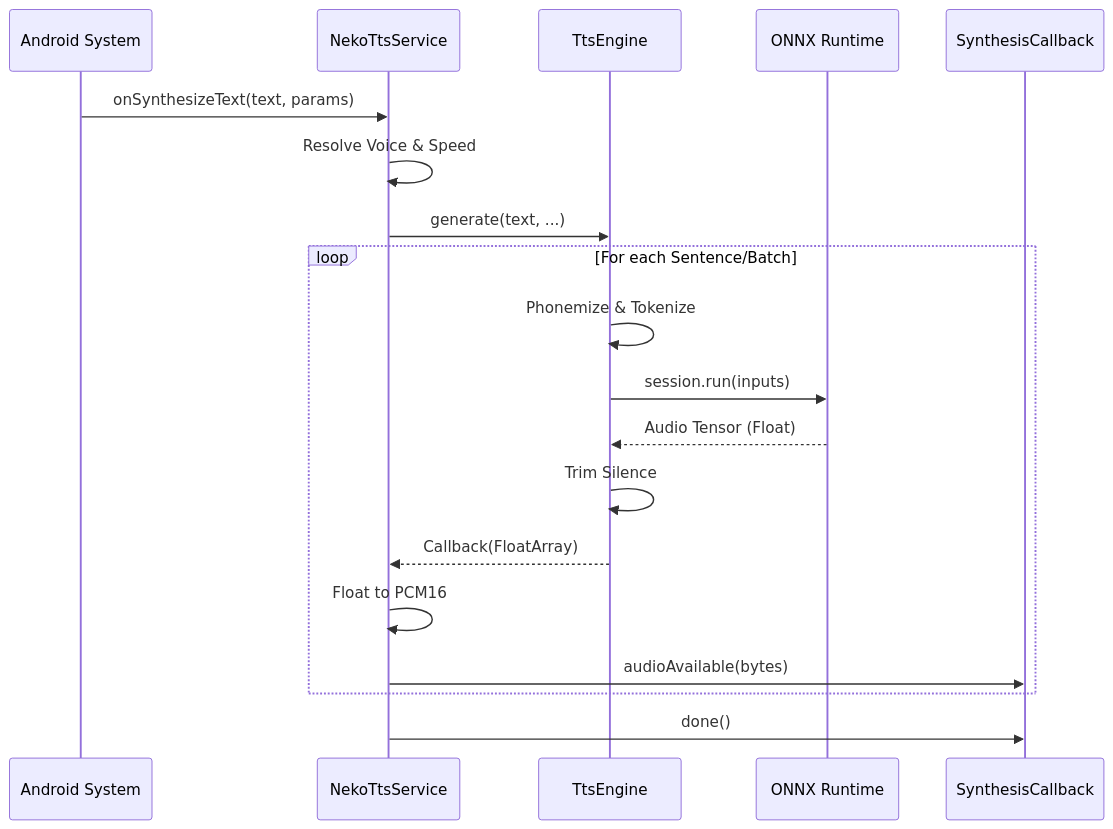
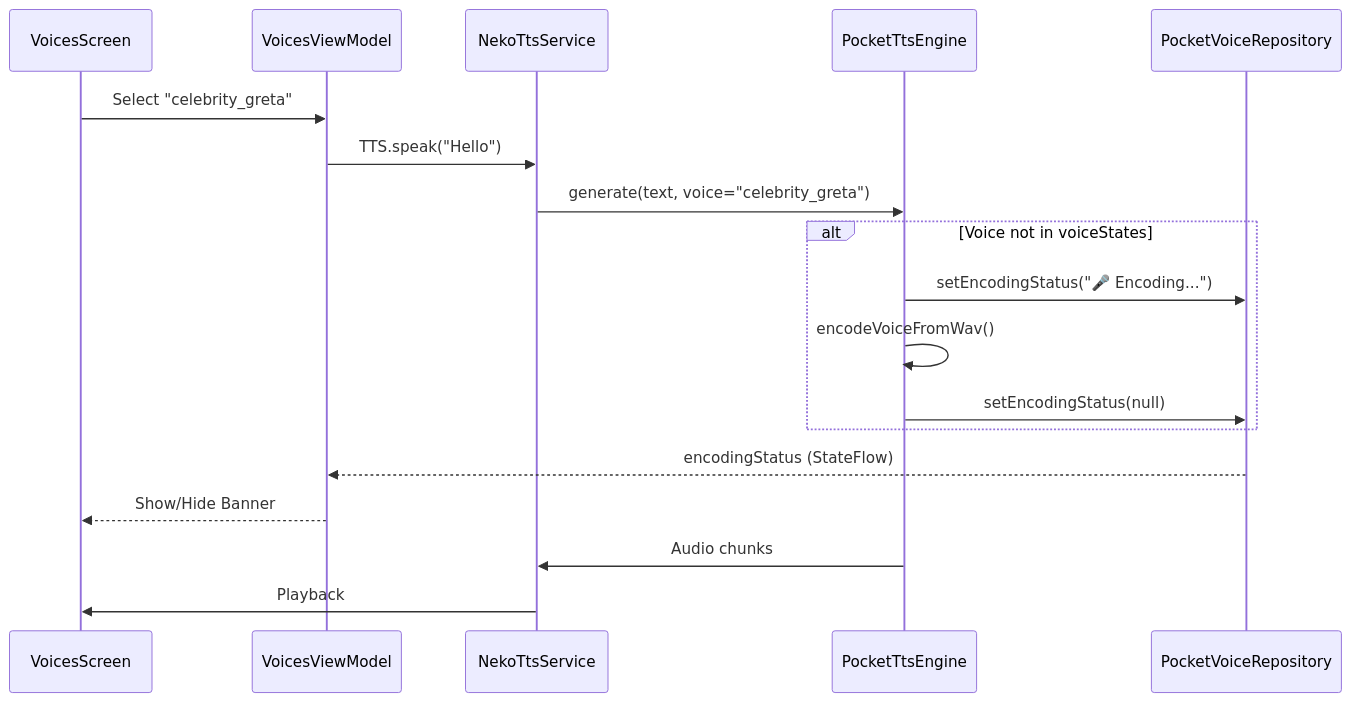
Before and after one commit to siva-sub/NekoSpeak: the ninth of 11 diagrams in TECHNICAL_DEEP_DIVE.md, drawn with Mermaid. The commit also changed other lines of this file and 2 other files, not shown here.

First line of the commit message:
Release v1.3.0: Voice encoding UI/UX, Technical Deep Dive update

````diff
--- a/TECHNICAL_DEEP_DIVE.md
+++ b/TECHNICAL_DEEP_DIVE.md
@@ -159,24 +318,24 @@
 ```mermaid
 sequenceDiagram
-    participant Sys as Android System
-    participant Service as NekoTtsService
-    participant Engine as TtsEngine
-    participant ORT as ONNX Runtime
-    participant Callback as SynthesisCallback
+    participant UI as VoicesScreen
+    participant VM as VoicesViewModel
+    participant Svc as NekoTtsService
+    participant Eng as PocketTtsEngine
+    participant Repo as PocketVoiceRepository
 
-    Sys->>Service: onSynthesizeText(text, params)
-    Service->>Service: Resolve Voice & Speed
-    Service->>Engine: generate(text, ...)
+    UI->>VM: Select "celebrity_greta"
+    VM->>Svc: TTS.speak("Hello")
+    Svc->>Eng: generate(text, voice="celebrity_greta")
     
-    loop For each Sentence/Batch
-        Engine->>Engine: Phonemize & Tokenize
-        Engine->>ORT: session.run(inputs)
-        ORT-->>Engine: Audio Tensor (Float)
-        Engine->>Engine: Trim Silence
-        Engine-->>Service: Callback(FloatArray)
-        Service->>Service: Float to PCM16
-        Service->>Callback: audioAvailable(bytes)
+    alt Voice not in voiceStates
+        Eng->>Repo: setEncodingStatus("🎤 Encoding...")
+        Eng->>Eng: encodeVoiceFromWav()
+        Eng->>Repo: setEncodingStatus(null)
     end
     
-    Service->>Callback: done()
+    Repo-->>VM: encodingStatus (StateFlow)
+    VM-->>UI: Show/Hide Banner
+    
+    Eng->>Svc: Audio chunks
+    Svc->>UI: Playback
 ```
````
